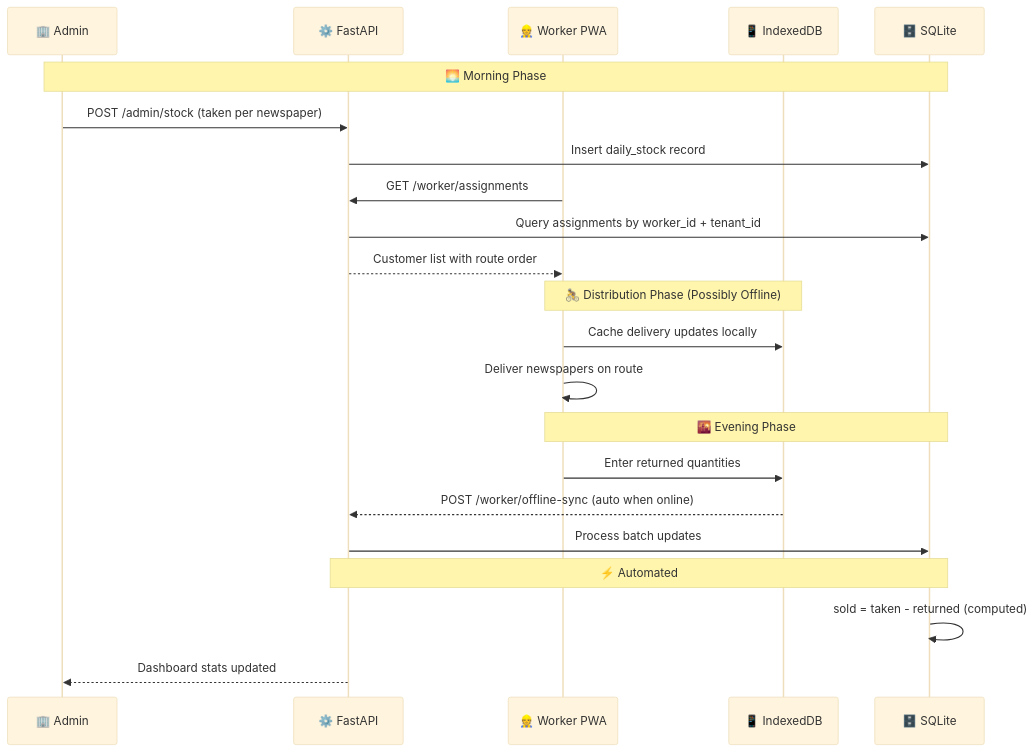
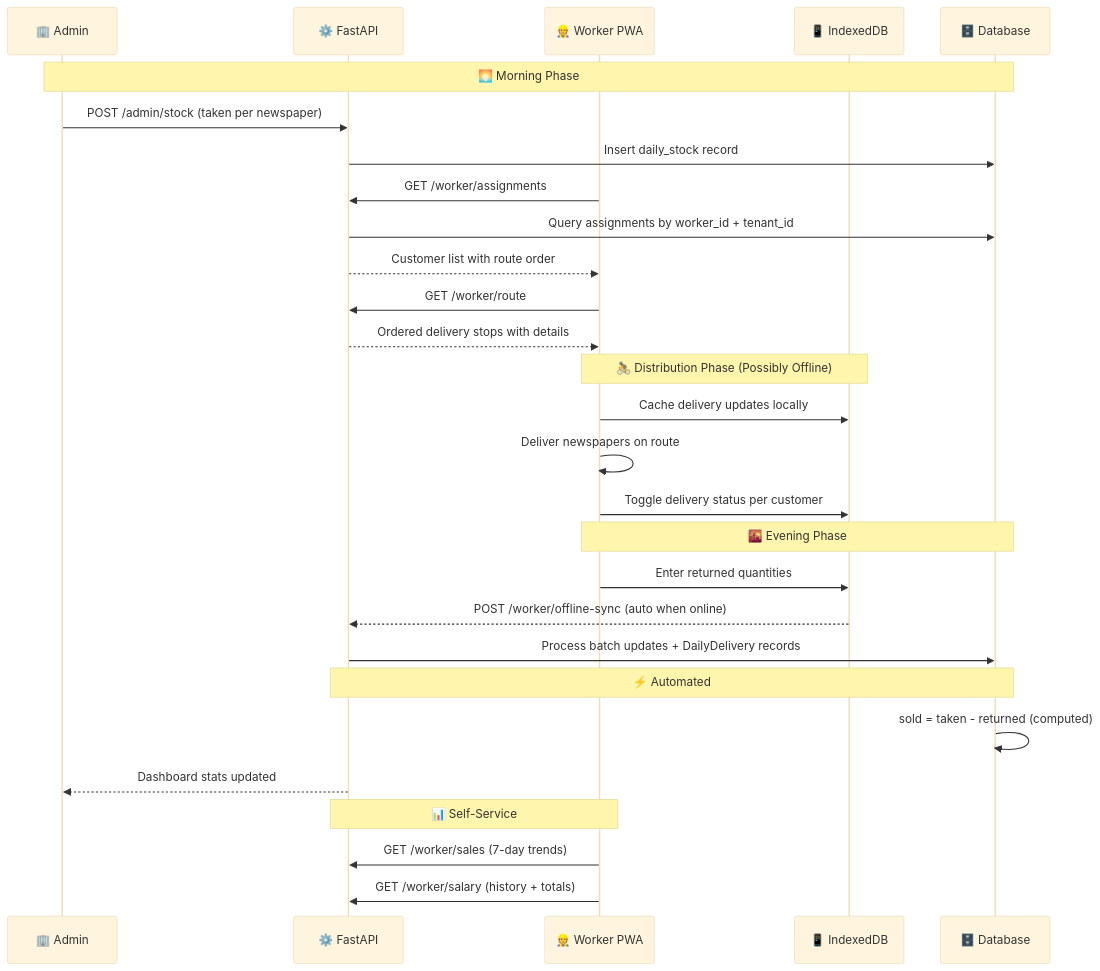
The third of 6 diagrams in docs/diagrams.md (Unitary-X/NewsFlux), drawn with Mermaid (base theme) before and after one commit. The commit also changed other lines of this file and 11 other files, not shown here.

````diff
--- a/docs/diagrams.md
+++ b/docs/diagrams.md
@@ -192,29 +245,37 @@
 ```mermaid
 sequenceDiagram
     participant Admin as 🏢 Admin
     participant API as ⚙️ FastAPI
     participant Worker as 👷 Worker PWA
     participant IDB as 📱 IndexedDB
-    participant DB as 🗄️ SQLite
+    participant DB as 🗄️ Database
 
     Note over Admin, DB: 🌅 Morning Phase
     Admin->>API: POST /admin/stock (taken per newspaper)
     API->>DB: Insert daily_stock record
     
     Worker->>API: GET /worker/assignments
     API->>DB: Query assignments by worker_id + tenant_id
     API-->>Worker: Customer list with route order
+    
+    Worker->>API: GET /worker/route
+    API-->>Worker: Ordered delivery stops with details
 
     Note over Worker, IDB: 🚴 Distribution Phase (Possibly Offline)
     Worker->>IDB: Cache delivery updates locally
     Worker->>Worker: Deliver newspapers on route
+    Worker->>IDB: Toggle delivery status per customer
 
     Note over Worker, DB: 🌇 Evening Phase
     Worker->>IDB: Enter returned quantities
     IDB-->>API: POST /worker/offline-sync (auto when online)
-    API->>DB: Process batch updates
+    API->>DB: Process batch updates + DailyDelivery records
     
     Note over API, DB: ⚡ Automated
     DB->>DB: sold = taken - returned (computed)
     API-->>Admin: Dashboard stats updated
+    
+    Note over Worker, API: 📊 Self-Service
+    Worker->>API: GET /worker/sales (7-day trends)
+    Worker->>API: GET /worker/salary (history + totals)
 ```
````
